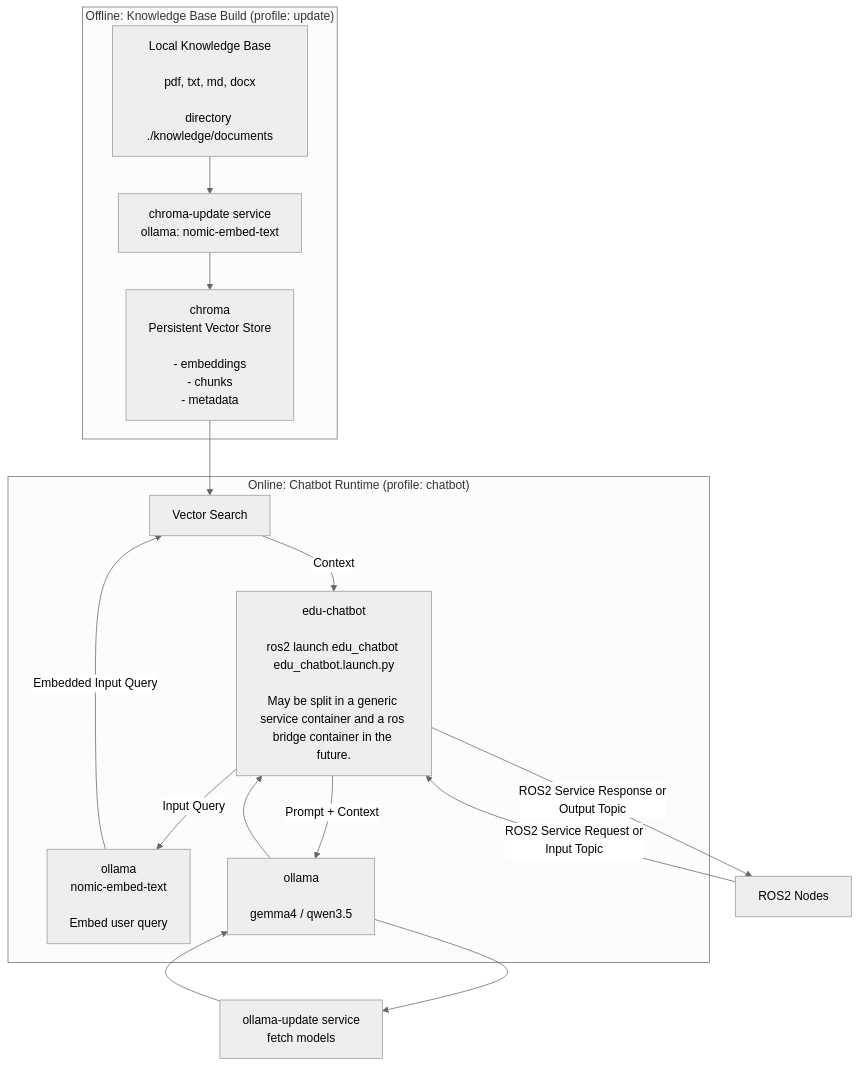
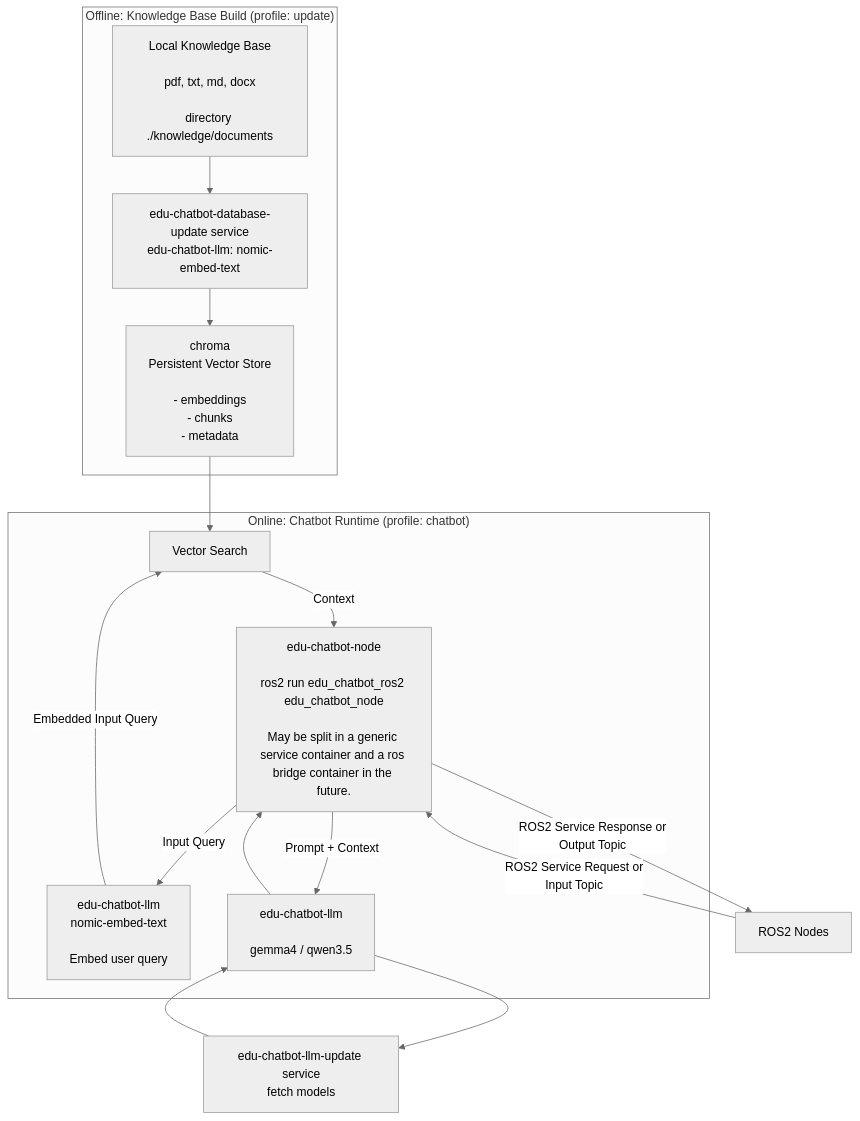
One commit to EduArt-Robotik/edu_chatbot changed the diagram in README.md. Above: the diagram before and after it, drawn with Mermaid (neutral theme). The commit also changed other lines of this file, not shown here.

Commit message:
docs: update README with new service names

````diff
--- a/README.md
+++ b/README.md
@@ -12,64 +12,64 @@
 ```mermaid
 flowchart TB
 
 %% =========================
 %% Offline ingestion
 %% =========================
 
 subgraph OFFLINE["Offline: Knowledge Base Build (profile: update)"]
     DOCS["Local Knowledge Base<br/><br/>pdf, txt, md, docx<br/><br/>directory ./knowledge/documents"]
     
-    EMBED["chroma-update service<br/>ollama: nomic-embed-text"]
+    EMBED["edu-chatbot-database-update service<br/>edu-chatbot-llm: nomic-embed-text"]
     
     CHROMA["chroma<br/>Persistent Vector Store<br/><br/>- embeddings<br/>- chunks<br/>- metadata"]
 
     DOCS -->  EMBED
     EMBED --> CHROMA
 end
 
 
 %% =========================
 %% Runtime system
 %% =========================
 
 ROS["ROS2 Nodes"]
-UPDATE["ollama-update service<br/>fetch models"]
+UPDATE["edu-chatbot-llm-update service<br/>fetch models"]
 
 subgraph RUNTIME["Online: Chatbot Runtime (profile: chatbot)"]
    
 
-    CHATBOT["edu-chatbot<br/><br/>ros2 launch edu_chatbot edu_chatbot.launch.py<br/><br/>May be split in a generic service container and a ros bridge container in the future."]
+    CHATBOT["edu-chatbot-node<br/><br/>ros2 run edu_chatbot_ros2 edu_chatbot_node<br/><br/>May be split in a generic service container and a ros bridge container in the future."]
 
-    QEMBED["ollama<br/>nomic-embed-text<br/><br/>Embed user query"]
+    QEMBED["edu-chatbot-llm<br/>nomic-embed-text<br/><br/>Embed user query"]
 
     SEARCH["Vector Search"]
 
-    LLM["ollama<br/><br/>gemma4 / qwen3.5"]
+    LLM["edu-chatbot-llm<br/><br/>gemma4 / qwen3.5"]
 
 end
 
 
 %% =========================
 %% Runtime connections
 %% =========================
 
 ROS -->|"ROS2 Service Request or<br/>Input Topic"| CHATBOT
 
 CHATBOT -->|"Input Query"| QEMBED
 
 QEMBED -->|"Embedded Input Query"| SEARCH
 
 CHROMA --> SEARCH
 
 SEARCH -->|"Context"| CHATBOT
 
 CHATBOT -->|"Prompt + Context"| LLM
 
 LLM --> CHATBOT
 
 CHATBOT -->|"ROS2 Service Response or<br/>Output Topic"| ROS
 
 LLM --> UPDATE
 
 UPDATE --> LLM
 ```
````
